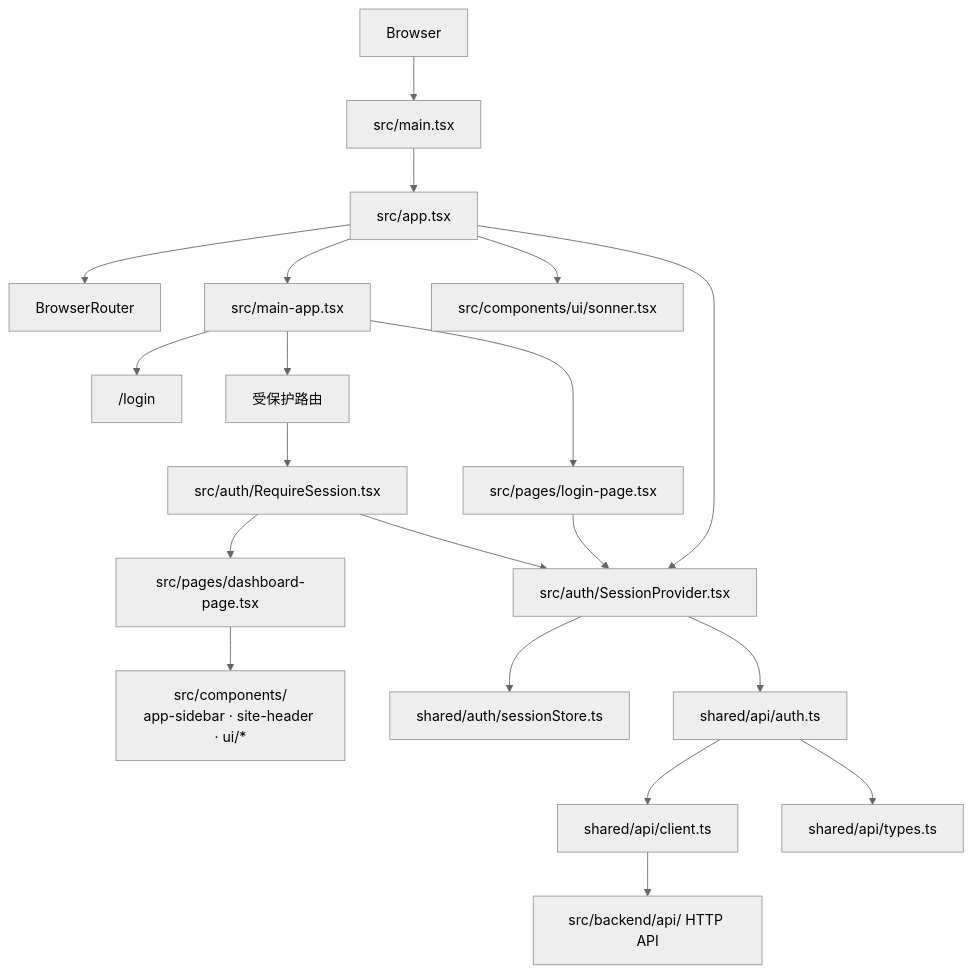
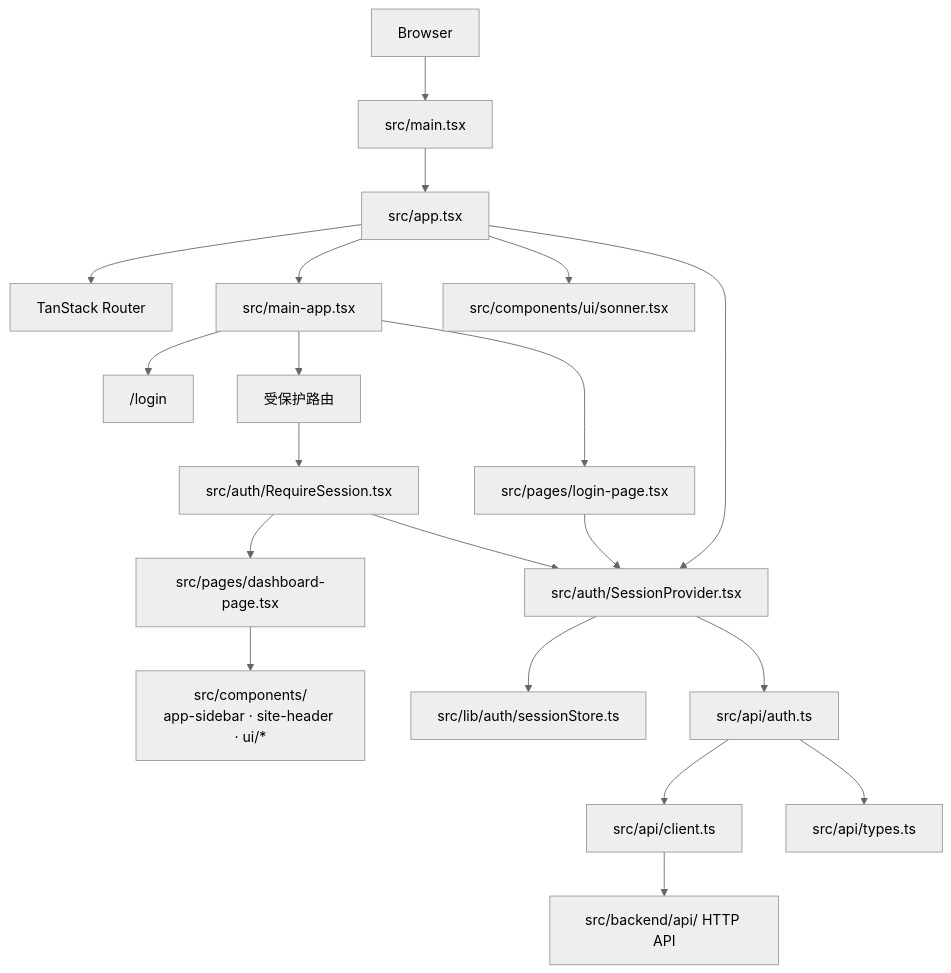
One commit to zata-zhangtao/zata-codes-template changed the second of 4 diagrams in docs/architecture/frontend-architecture.md. Above: the diagram before and after it, drawn with Mermaid (neutral theme). The commit also changed other lines of this file and 44 other files, not shown here.

````diff
--- a/docs/architecture/frontend-architecture.md
+++ b/docs/architecture/frontend-architecture.md
@@ -13,25 +44,25 @@
 ```mermaid
 flowchart TD
     Browser["Browser"] --> Entry["src/main.tsx"]
     Entry --> AppRoot["src/app.tsx"]
-    AppRoot --> Router["BrowserRouter"]
+    AppRoot --> Router["TanStack Router"]
     AppRoot --> SessionProvider["src/auth/SessionProvider.tsx"]
     AppRoot --> MainApp["src/main-app.tsx"]
     AppRoot --> Feedback["src/components/ui/sonner.tsx"]
 
     MainApp --> LoginRoute["/login"]
     MainApp --> ProtectedRoute["受保护路由"]
     ProtectedRoute --> RouteGuard["src/auth/RequireSession.tsx"]
     RouteGuard --> DashboardPage["src/pages/dashboard-page.tsx"]
     MainApp --> LoginPage["src/pages/login-page.tsx"]
 
     DashboardPage --> LayoutShell["src/components/\napp-sidebar · site-header · ui/*"]
     LoginPage --> SessionProvider
     RouteGuard --> SessionProvider
 
-    SessionProvider --> SessionStore["shared/auth/sessionStore.ts"]
-    SessionProvider --> AuthApi["shared/api/auth.ts"]
-    AuthApi --> ApiClient["shared/api/client.ts"]
-    AuthApi --> ApiTypes["shared/api/types.ts"]
+    SessionProvider --> SessionStore["src/lib/auth/sessionStore.ts"]
+    SessionProvider --> AuthApi["src/api/auth.ts"]
+    AuthApi --> ApiClient["src/api/client.ts"]
+    AuthApi --> ApiTypes["src/api/types.ts"]
     ApiClient --> Backend["src/backend/api/ HTTP API"]
 ```
````
